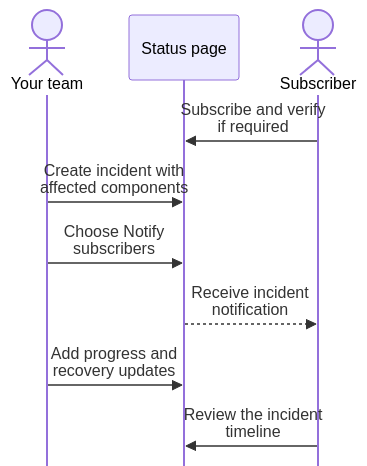
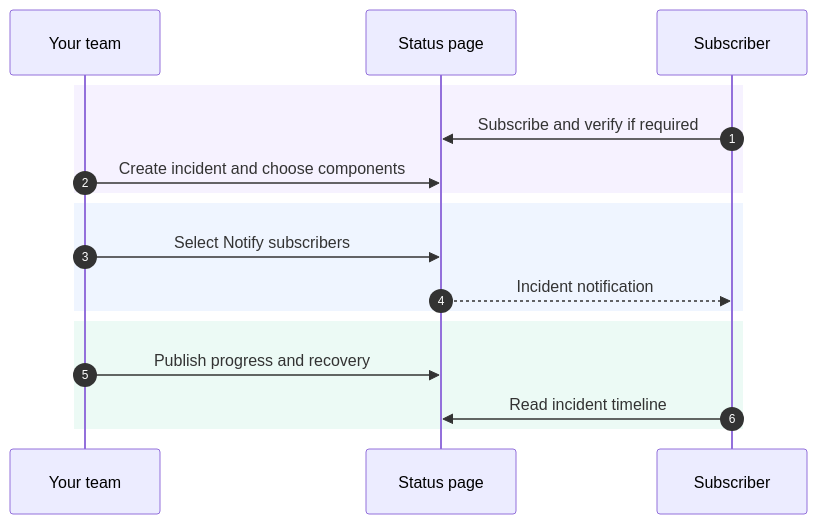
One commit to supercheck-io/supercheck changed the second of 3 diagrams in docs/content/docs/app/communicate/status-pages.mdx. Above: the diagram before and after it, drawn with Mermaid. The commit also changed other lines of this file and 34 other files, not shown here.

Commit message:
docs: restore architecture and polish user workflows (#337)

````diff
--- a/docs/content/docs/app/communicate/status-pages.mdx
+++ b/docs/content/docs/app/communicate/status-pages.mdx
@@ -348,14 +348,22 @@
 ```mermaid
-%%{init: {"sequence": {"mirrorActors": false, "actorMargin": 24, "width": 110, "height": 65, "wrap": true}}}%%
 sequenceDiagram
-    actor Team as Your team
-    participant Page as Status page
-    actor Visitor as Subscriber
+    accTitle: Status page updates
+    accDescr: Subscribe, publish an incident, notify subscribers, and share recovery updates.
+    autonumber
+    participant You as Your team
+    participant App as Status page
+    participant Environment as Subscriber
 
-    Visitor->>Page: Subscribe and verify if required
-    Team->>Page: Create incident with affected components
-    Team->>Page: Choose Notify subscribers
-    Page-->>Visitor: Receive incident notification
-    Team->>Page: Add progress and recovery updates
-    Visitor->>Page: Review the incident timeline
+    rect rgba(139, 92, 246, 0.08)
+        Environment->>App: Subscribe and verify if required
+        You->>App: Create incident and choose components
+    end
+    rect rgba(59, 130, 246, 0.08)
+        You->>App: Select Notify subscribers
+        App-->>Environment: Incident notification
+    end
+    rect rgba(16, 185, 129, 0.08)
+        You->>App: Publish progress and recovery
+        Environment->>App: Read incident timeline
+    end
 ```
````
